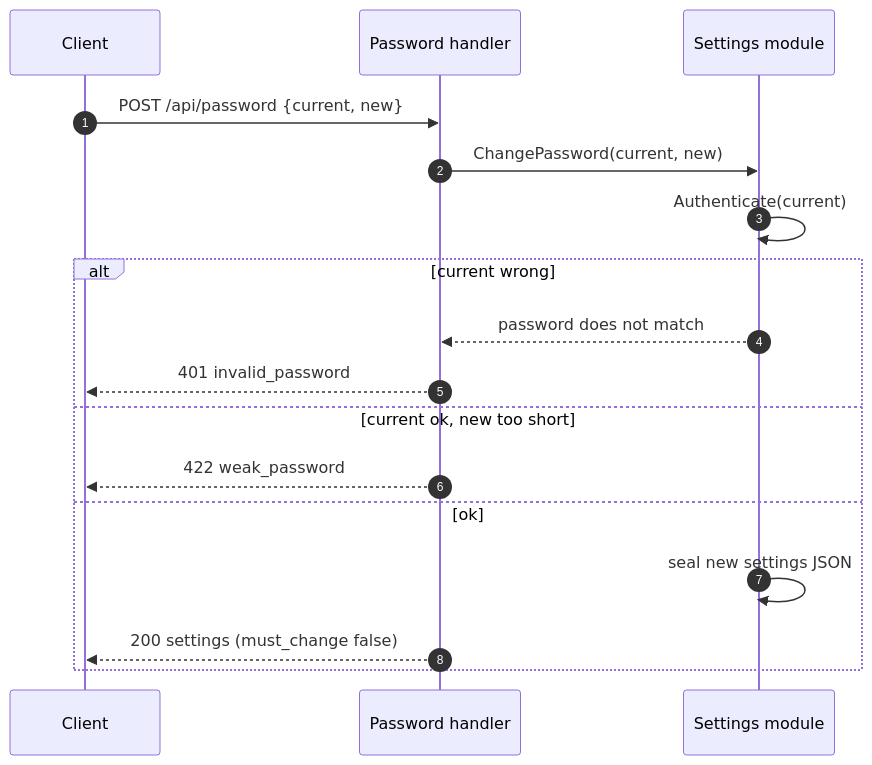
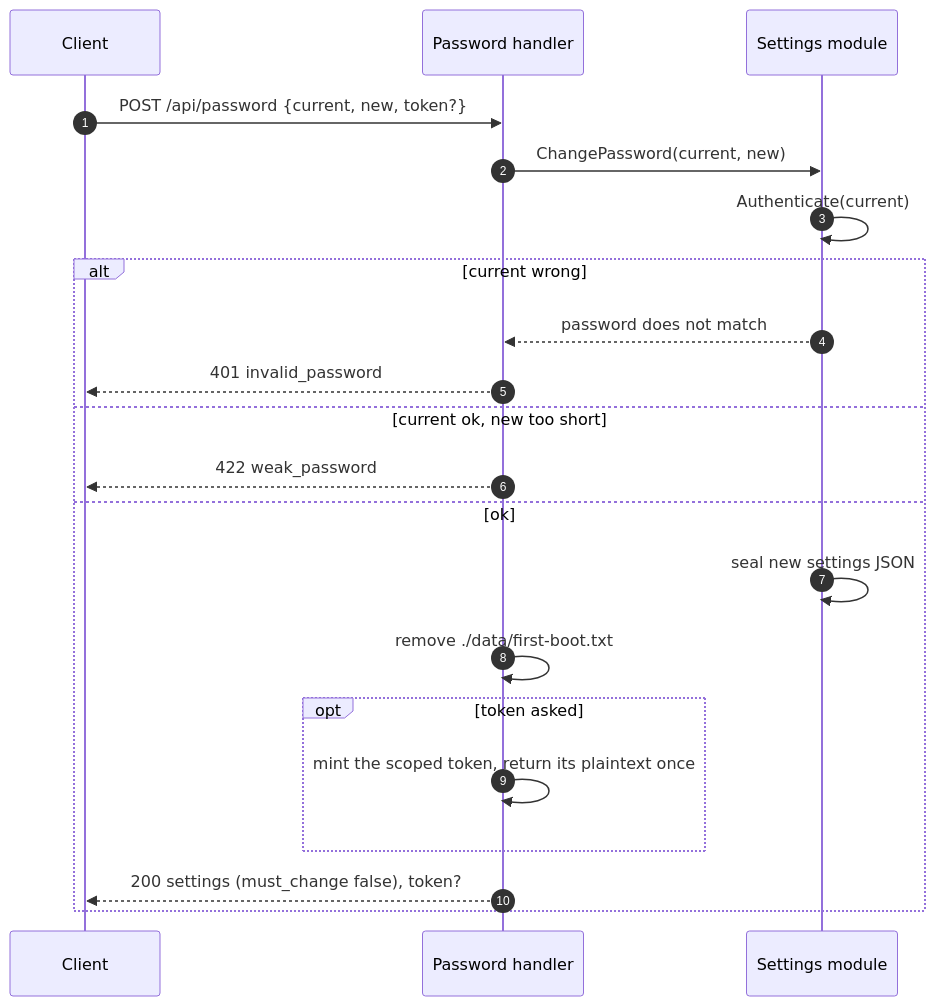
One commit to dimasbaguspm/spenicle changed the diagram in docs/endpoints/POST_api_password.md. Above: the diagram before and after it, drawn with Mermaid. The commit also changed other lines of this file and 40 other files, not shown here.

````diff
--- a/docs/endpoints/POST_api_password.md
+++ b/docs/endpoints/POST_api_password.md
@@ -50,19 +62,23 @@
 ```mermaid
 sequenceDiagram
     autonumber
     participant UI as Client
     participant H as Password handler
     participant S as Settings module
-    UI->>H: POST /api/password {current, new}
+    UI->>H: POST /api/password {current, new, token?}
     H->>S: ChangePassword(current, new)
     S->>S: Authenticate(current)
     alt current wrong
         S-->>H: password does not match
         H-->>UI: 401 invalid_password
     else current ok, new too short
         H-->>UI: 422 weak_password
     else ok
         S->>S: seal new settings JSON
-        H-->>UI: 200 settings (must_change false)
+        H->>H: remove ./data/first-boot.txt
+        opt token asked
+            H->>H: mint the scoped token, return its plaintext once
+        end
+        H-->>UI: 200 settings (must_change false), token?
     end
 ```
````
